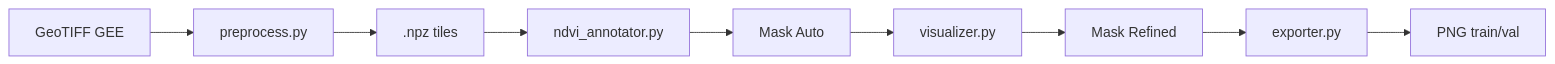
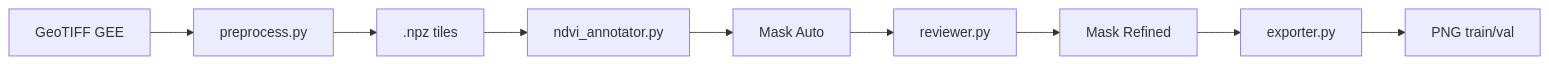
One commit to FarrelGhozy/Deforest.id changed the diagram in docs/annotation-pipeline.md. Above: the diagram before and after it, drawn with Mermaid. The commit also changed other lines of this file and 4 other files, not shown here.

````diff
--- a/docs/annotation-pipeline.md
+++ b/docs/annotation-pipeline.md
@@ -9,11 +9,11 @@
 ```mermaid
 flowchart LR
     A[GeoTIFF GEE] --> B[preprocess.py]
     B --> C[.npz tiles]
     C --> D[ndvi_annotator.py]
     D --> E[Mask Auto]
-    E --> F[visualizer.py]
+    E --> F[reviewer.py]
     F --> G[Mask Refined]
     G --> H[exporter.py]
     H --> I[PNG train/val]
 ```
````
